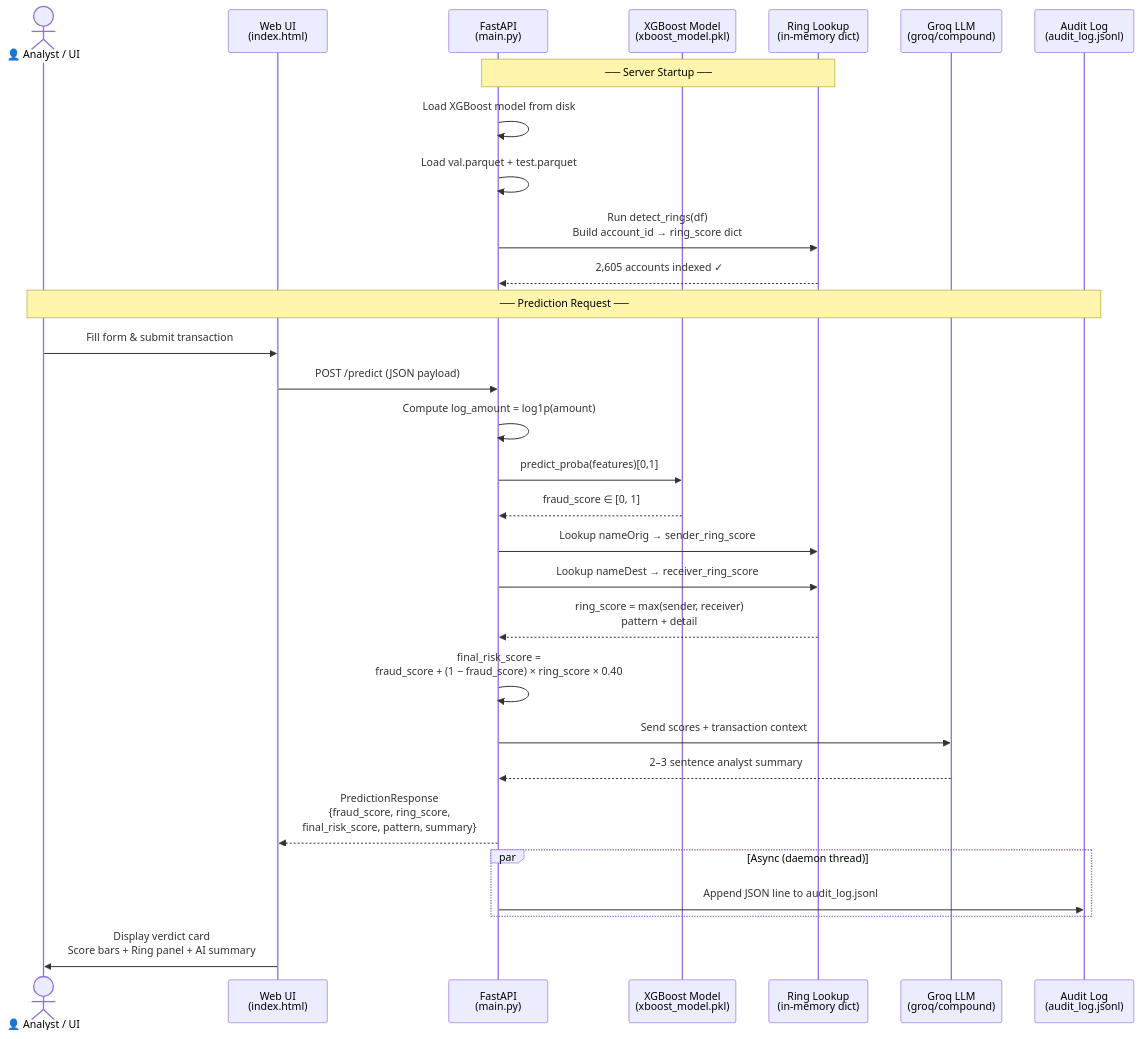
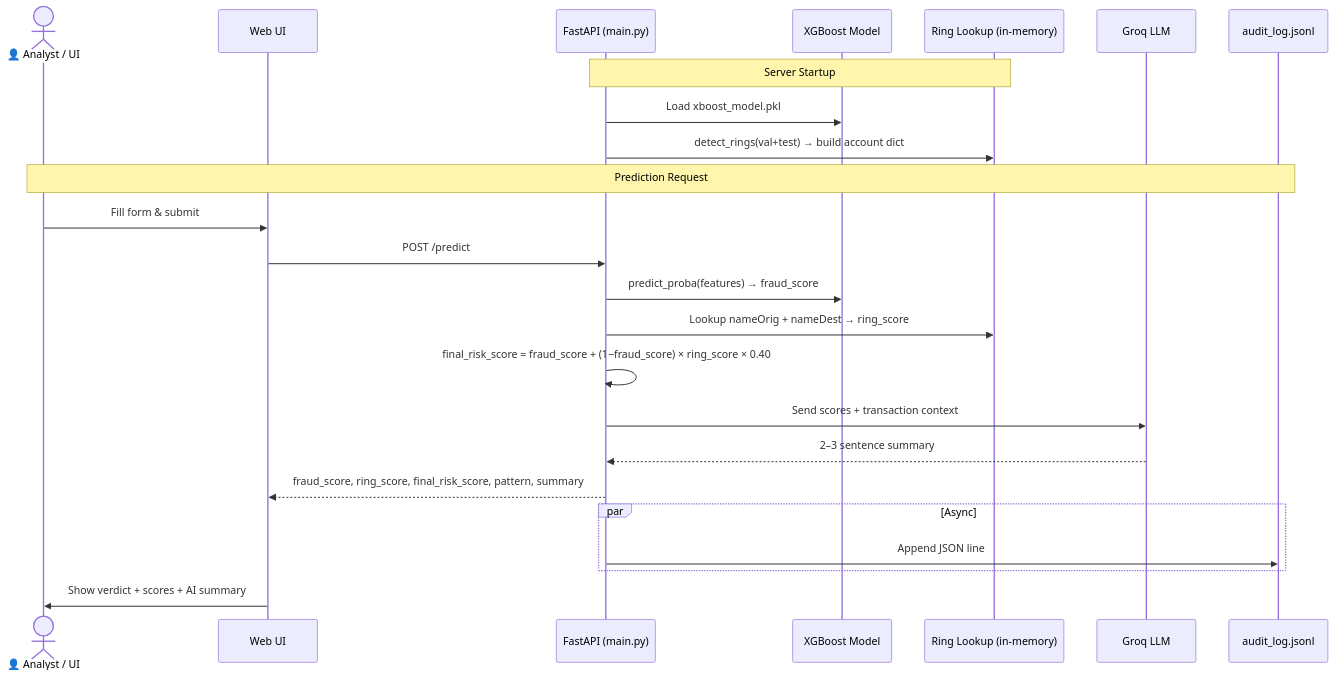
The diagram in README.md (jayesh-cmd/Secure-Pay-Razorpay), drawn with Mermaid before and after one commit. The commit also changed other lines of this file, not shown here.

Commit message:
HLD diagram

````diff
--- a/README.md
+++ b/README.md
@@ -324,41 +60,28 @@
 ```mermaid
 sequenceDiagram
     actor User as 👤 Analyst / UI
-    participant UI as Web UI<br/>(index.html)
-    participant API as FastAPI<br/>(main.py)
-    participant XGB as XGBoost Model<br/>(xboost_model.pkl)
-    participant Ring as Ring Lookup<br/>(in-memory dict)
-    participant Groq as Groq LLM<br/>(groq/compound)
-    participant Log as Audit Log<br/>(audit_log.jsonl)
+    participant UI as Web UI
+    participant API as FastAPI (main.py)
+    participant XGB as XGBoost Model
+    participant Ring as Ring Lookup (in-memory)
+    participant Groq as Groq LLM
+    participant Log as audit_log.jsonl
 
-    Note over API, Ring: ── Server Startup ──
-    API->>API: Load XGBoost model from disk
-    API->>API: Load val.parquet + test.parquet
-    API->>Ring: Run detect_rings(df)<br/>Build account_id → ring_score dict
-    Ring-->>API: 2,605 accounts indexed ✓
+    Note over API, Ring: Server Startup
+    API->>XGB: Load xboost_model.pkl
+    API->>Ring: detect_rings(val+test) → build account dict
 
-    Note over User, Log: ── Prediction Request ──
-    User->>UI: Fill form & submit transaction
-    UI->>API: POST /predict (JSON payload)
-
-    API->>API: Compute log_amount = log1p(amount)
-    API->>XGB: predict_proba(features)[0,1]
-    XGB-->>API: fraud_score ∈ [0, 1]
-
-    API->>Ring: Lookup nameOrig → sender_ring_score
-    API->>Ring: Lookup nameDest → receiver_ring_score
-    Ring-->>API: ring_score = max(sender, receiver)<br/>pattern + detail
-
-    API->>API: final_risk_score =<br/>fraud_score + (1 − fraud_score) × ring_score × 0.40
-
+    Note over User, Log: Prediction Request
+    User->>UI: Fill form & submit
+    UI->>API: POST /predict
+    API->>XGB: predict_proba(features) → fraud_score
+    API->>Ring: Lookup nameOrig + nameDest → ring_score
+    API->>API: final_risk_score = fraud_score + (1−fraud_score) × ring_score × 0.40
     API->>Groq: Send scores + transaction context
-    Groq-->>API: 2–3 sentence analyst summary
-
-    API-->>UI: PredictionResponse<br/>{fraud_score, ring_score,<br/>final_risk_score, pattern, summary}
-
-    par Async (daemon thread)
-        API->>Log: Append JSON line to audit_log.jsonl
+    Groq-->>API: 2–3 sentence summary
+    API-->>UI: fraud_score, ring_score, final_risk_score, pattern, summary
+    par Async
+        API->>Log: Append JSON line
     end
-
-    UI->>User: Display verdict card<br/>Score bars + Ring panel + AI summary
+    UI->>User: Show verdict + scores + AI summary
 ```
````
